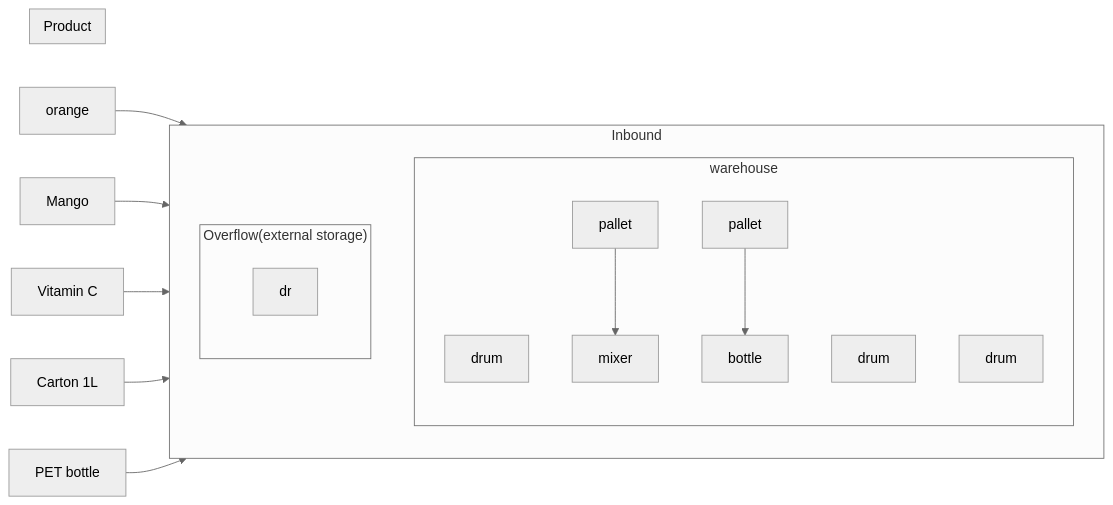
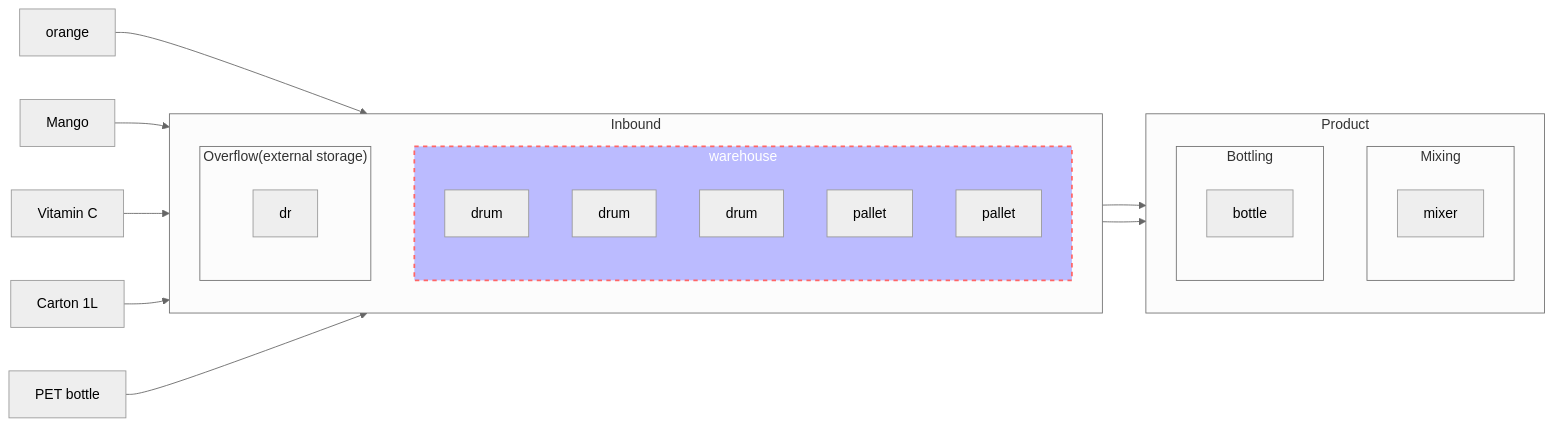
The second of 2 diagrams in _posts/2024-05-01-TFC-round-3.md (moonIsMyFriend/basicConcept.github.io), drawn with Mermaid (neutral theme) before and after one commit.

```diff
--- a/_posts/2024-05-01-TFC-round-3.md
+++ b/_posts/2024-05-01-TFC-round-3.md
@@ -22,49 +22,49 @@
  <pre class="mermaid">
     flowchart LR
       subgraph Inbound
         direction TB
         subgraph iw[warehouse]
           direction TB
           i[drum]
           i2[drum]
           i3[drum3]
           i4[pallet]
           i5[pallet]
         end
 
         subgraph "Overflow(external storage)"
           direction TB
           dr
 
         end
       end
 
       orange --> i[drum]
       Mango --> i2[drum]
       vc[Vitamin C] -->  i3[drum]
       cl[Carton 1L] --> i4[pallet]
       pb[PET bottle] --> i5[pallet]
-      
+
       subgraph Product
         direction TB
-        subgraph iw[Mixing]
+        subgraph mb[Mixing]
           direction TB
           m[mixer]
         end
 
-        subgraph iw[Bottling]
+        subgraph bb[Bottling]
           direction TB
           b[bottle]
         end
       end
 
 
       i4[pallet] --> m[mixer]
       i5[pallet] --> b[bottle]
 
 
       style iw fill:#bbf,stroke:#f66,stroke-width:2px,color:#fff,stroke-dasharray: 5 5
 
 
 
 </pre>
```
